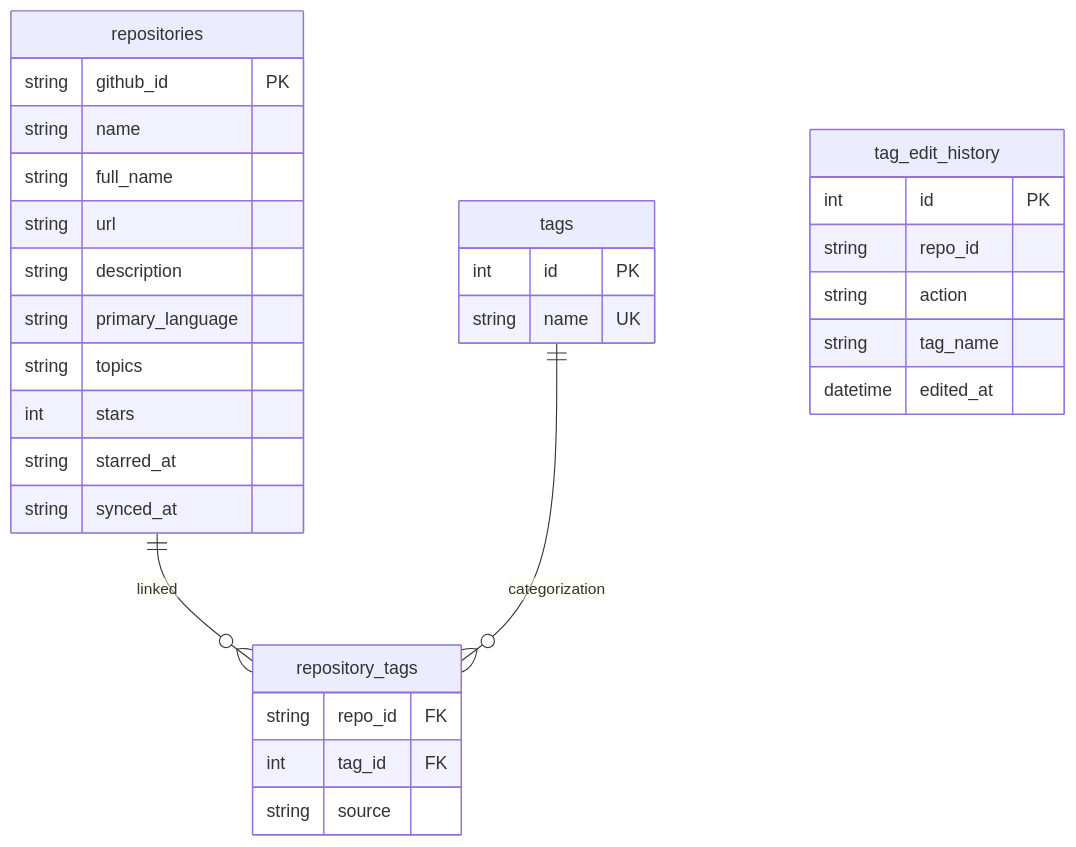
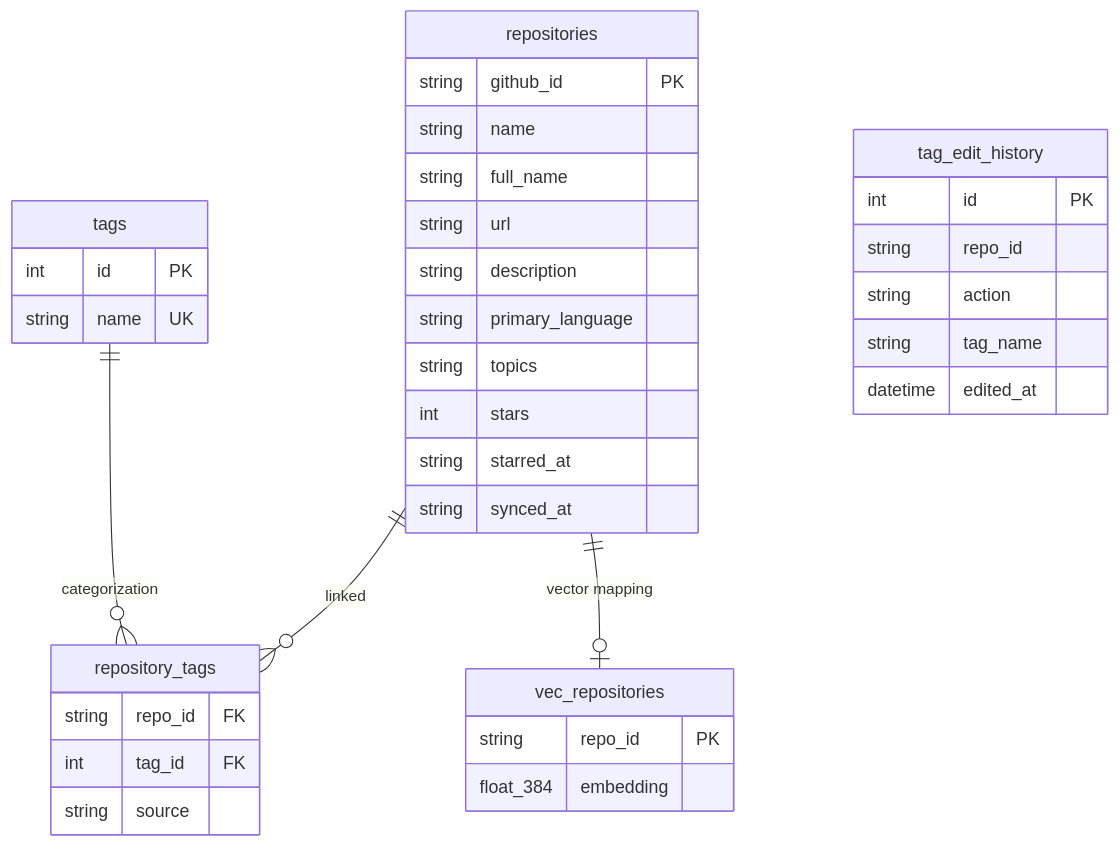
The second of 2 diagrams in docs/architecture.md (Chu-son/gh-stars), drawn with Mermaid before and after one commit. The commit also changed other lines of this file and 2 other files, not shown here.

````diff
--- a/docs/architecture.md
+++ b/docs/architecture.md
@@ -50,33 +69,38 @@
 ```mermaid
 erDiagram
     repositories ||--o{ repository_tags : linked
     tags ||--o{ repository_tags : categorization
     repositories {
         string github_id PK
         string name
         string full_name
         string url
         string description
         string primary_language
         string topics
         int stars
         string starred_at
         string synced_at
     }
     tags {
         int id PK
         string name UK
     }
     repository_tags {
         string repo_id FK
         int tag_id FK
         string source
     }
     tag_edit_history {
         int id PK
         string repo_id
         string action
         string tag_name
         datetime edited_at
     }
+    vec_repositories {
+        string repo_id PK
+        float_384 embedding
+    }
+    repositories ||--o| vec_repositories : "vector mapping"
 ```
````
